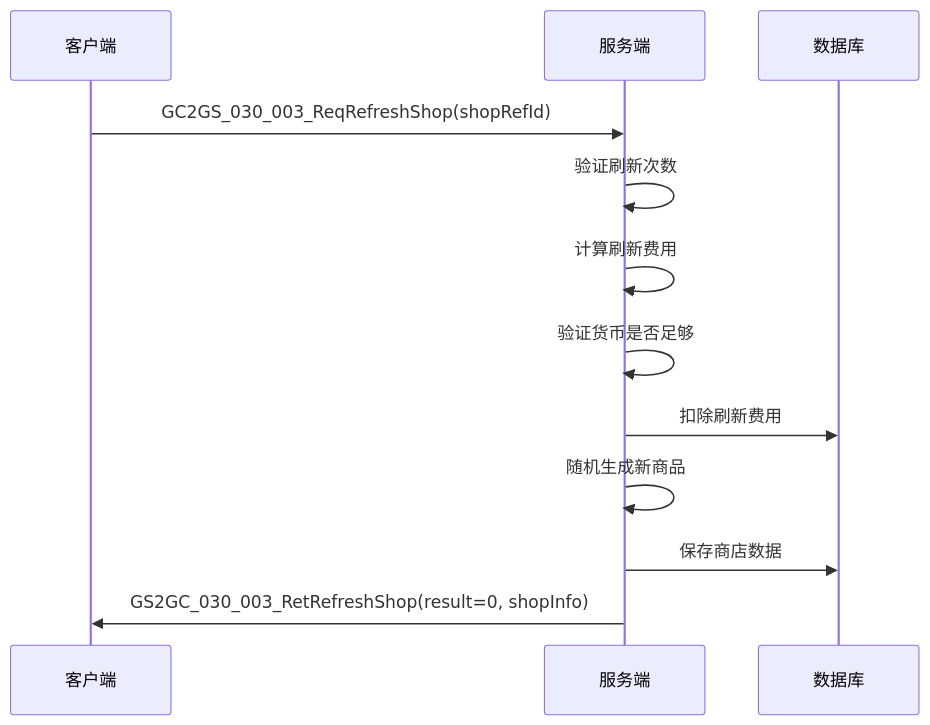
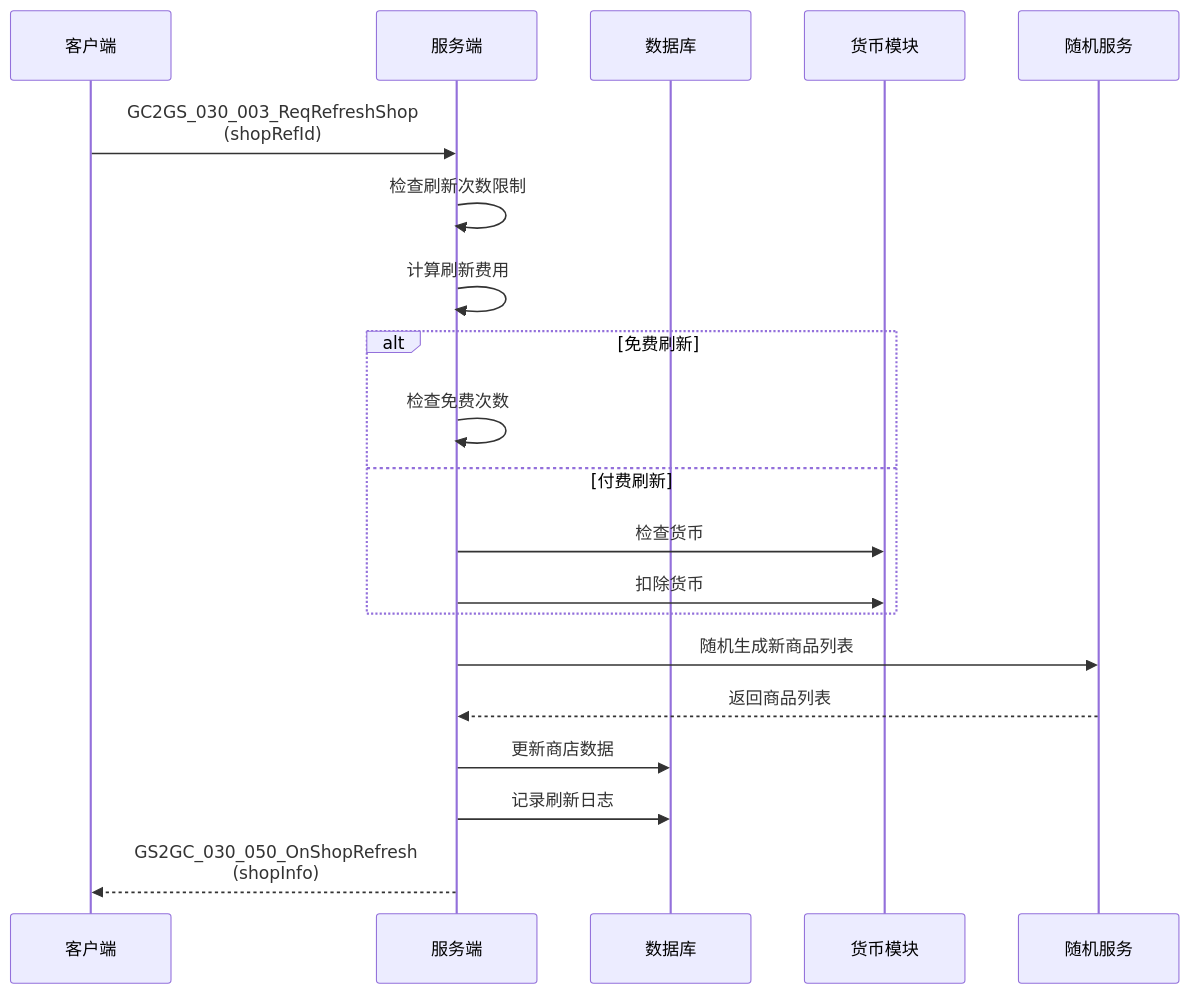
The fourth of 11 diagrams in docs/Module_Shop/02_协议文档.md (Alan-Ben/k2c_game_framework), drawn with Mermaid before and after one commit. The commit also changed other lines of this file and 32 other files, not shown here.

````diff
--- a/docs/Module_Shop/02_协议文档.md
+++ b/docs/Module_Shop/02_协议文档.md
@@ -498,15 +385,28 @@
 ```mermaid
 sequenceDiagram
     participant C as 客户端
     participant S as 服务端
     participant DB as 数据库
+    participant Currency as 货币模块
+    participant Random as 随机服务
 
-    C->>S: GC2GS_030_003_ReqRefreshShop(shopRefId)
-    S->>S: 验证刷新次数
+    C->>S: GC2GS_030_003_ReqRefreshShop<br/>(shopRefId)
+
+    S->>S: 检查刷新次数限制
     S->>S: 计算刷新费用
-    S->>S: 验证货币是否足够
-    S->>DB: 扣除刷新费用
-    S->>S: 随机生成新商品
-    S->>DB: 保存商店数据
-    S->>C: GS2GC_030_003_RetRefreshShop(result=0, shopInfo)
+
+    alt 免费刷新
+        S->>S: 检查免费次数
+    else 付费刷新
+        S->>Currency: 检查货币
+        S->>Currency: 扣除货币
+    end
+
+    S->>Random: 随机生成新商品列表
+    Random-->>S: 返回商品列表
+
+    S->>DB: 更新商店数据
+    S->>DB: 记录刷新日志
+
+    S-->>C: GS2GC_030_050_OnShopRefresh<br/>(shopInfo)
 ```
````
